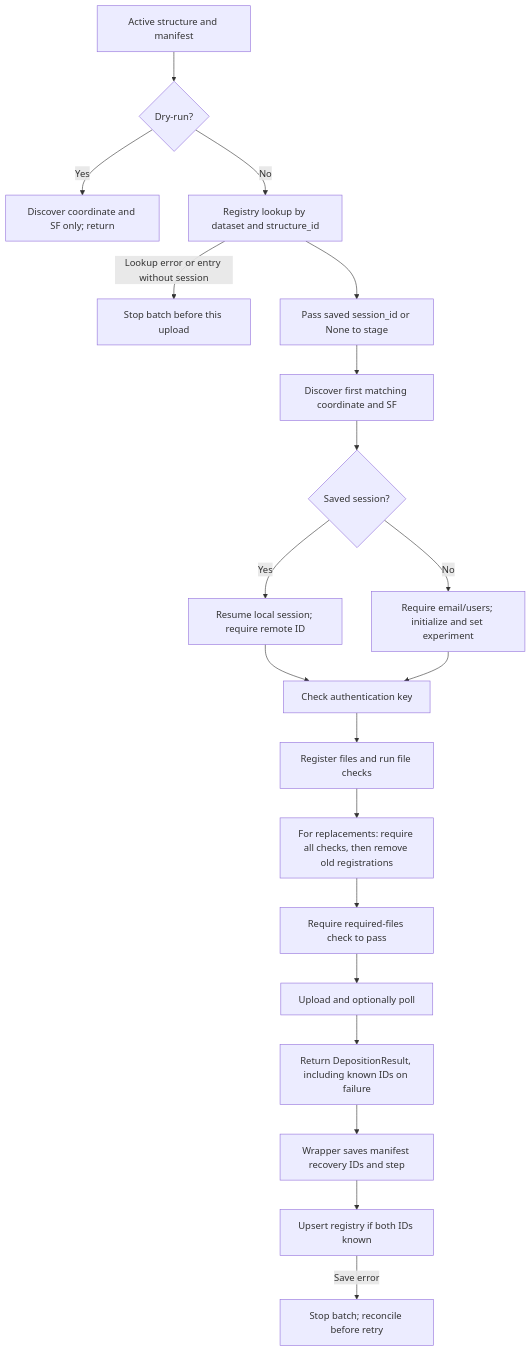
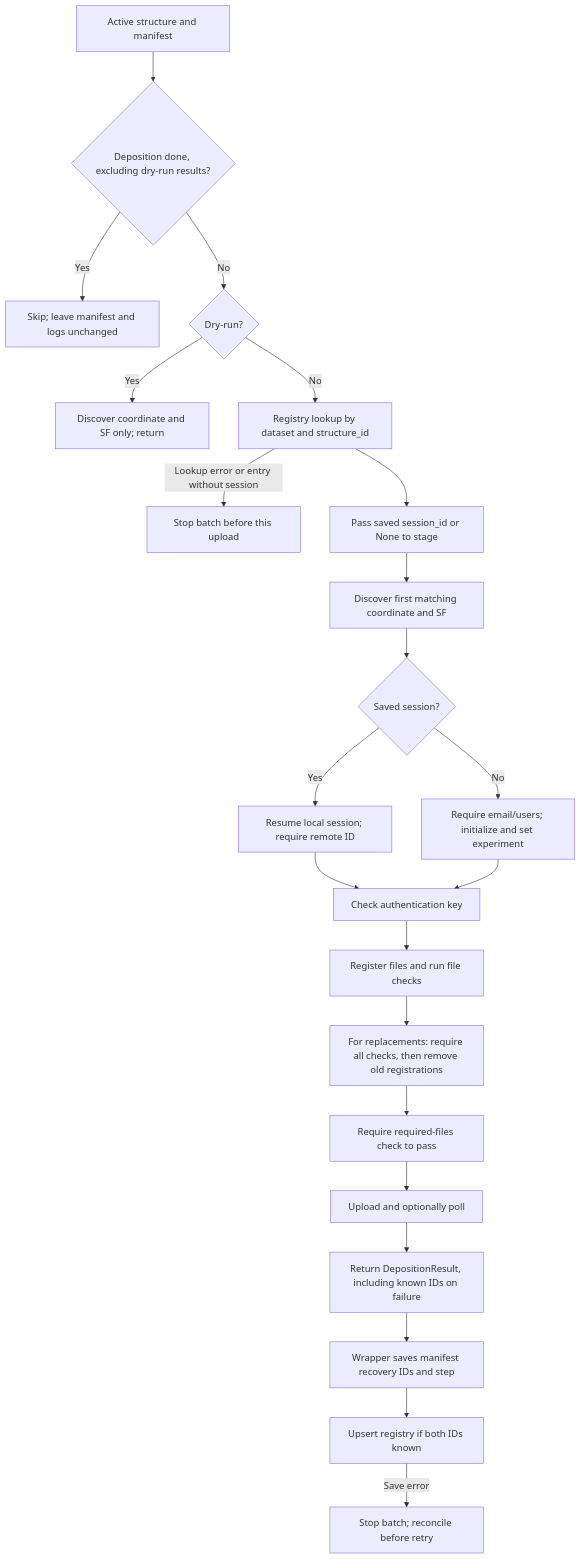
The diagram in docs/commands/deposit.md (PDBeurope/deposition-toolkit), drawn with Mermaid before and after one commit. The commit also changed other lines of this file and 4 other files, not shown here.

````diff
--- a/docs/commands/deposit.md
+++ b/docs/commands/deposit.md
@@ -15,22 +15,24 @@
 ```mermaid
 flowchart TD
-    A[Active structure and manifest] --> B{Dry-run?}
+    A[Active structure and manifest] --> S{Deposition done, excluding dry-run results?}
+    S -->|Yes| T[Skip; leave manifest and logs unchanged]
+    S -->|No| B{Dry-run?}
     B -->|Yes| C[Discover coordinate and SF only; return]
     B -->|No| D[Registry lookup by dataset and structure_id]
     D -->|Lookup error or entry without session| X[Stop batch before this upload]
     D --> E[Pass saved session_id or None to stage]
     E --> F[Discover first matching coordinate and SF]
     F --> G{Saved session?}
     G -->|Yes| H[Resume local session; require remote ID]
     G -->|No| I[Require email/users; initialize and set experiment]
     H --> J[Check authentication key]
     I --> J
     J --> K[Register files and run file checks]
     K --> L[For replacements: require all checks, then remove old registrations]
     L --> M[Require required-files check to pass]
     M --> N[Upload and optionally poll]
     N --> O[Return DepositionResult, including known IDs on failure]
     O --> P[Wrapper saves manifest recovery IDs and step]
     P --> Q[Upsert registry if both IDs known]
     Q -->|Save error| R[Stop batch; reconcile before retry]
 ```
````
